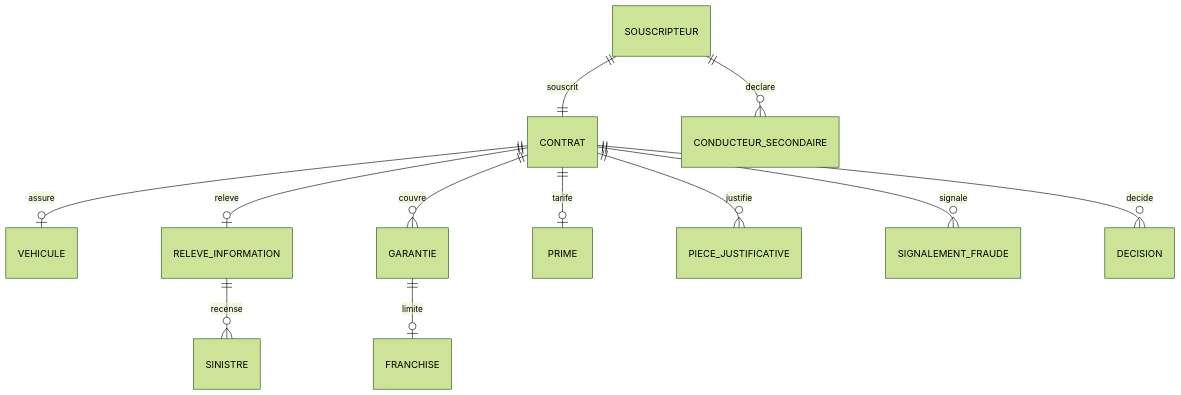
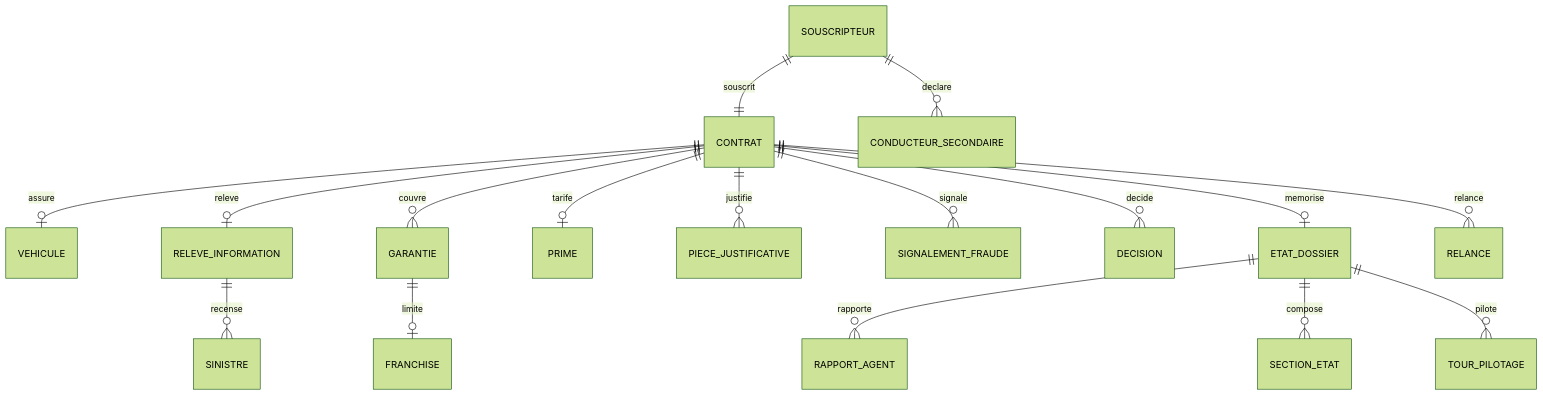
One commit to acerolaz/agentinsurflow changed the first of 2 diagrams in docs/donnees/modele.md. Above: the diagram before and after it, drawn with Mermaid (forest theme). The commit also changed other lines of this file and 2 other files, not shown here.

````diff
--- a/docs/donnees/modele.md
+++ b/docs/donnees/modele.md
@@ -37,14 +45,19 @@
 ```mermaid
 erDiagram
     SOUSCRIPTEUR ||--|| CONTRAT : souscrit
     SOUSCRIPTEUR ||--o{ CONDUCTEUR_SECONDAIRE : declare
     CONTRAT ||--o| VEHICULE : assure
     CONTRAT ||--o| RELEVE_INFORMATION : releve
     RELEVE_INFORMATION ||--o{ SINISTRE : recense
     CONTRAT ||--o{ GARANTIE : couvre
     GARANTIE ||--o| FRANCHISE : limite
     CONTRAT ||--o| PRIME : tarife
     CONTRAT ||--o{ PIECE_JUSTIFICATIVE : justifie
     CONTRAT ||--o{ SIGNALEMENT_FRAUDE : signale
     CONTRAT ||--o{ DECISION : decide
+    CONTRAT ||--o| ETAT_DOSSIER : memorise
+    ETAT_DOSSIER ||--o{ RAPPORT_AGENT : rapporte
+    ETAT_DOSSIER ||--o{ SECTION_ETAT : compose
+    ETAT_DOSSIER ||--o{ TOUR_PILOTAGE : pilote
+    CONTRAT ||--o{ RELANCE : relance
 ```
````
